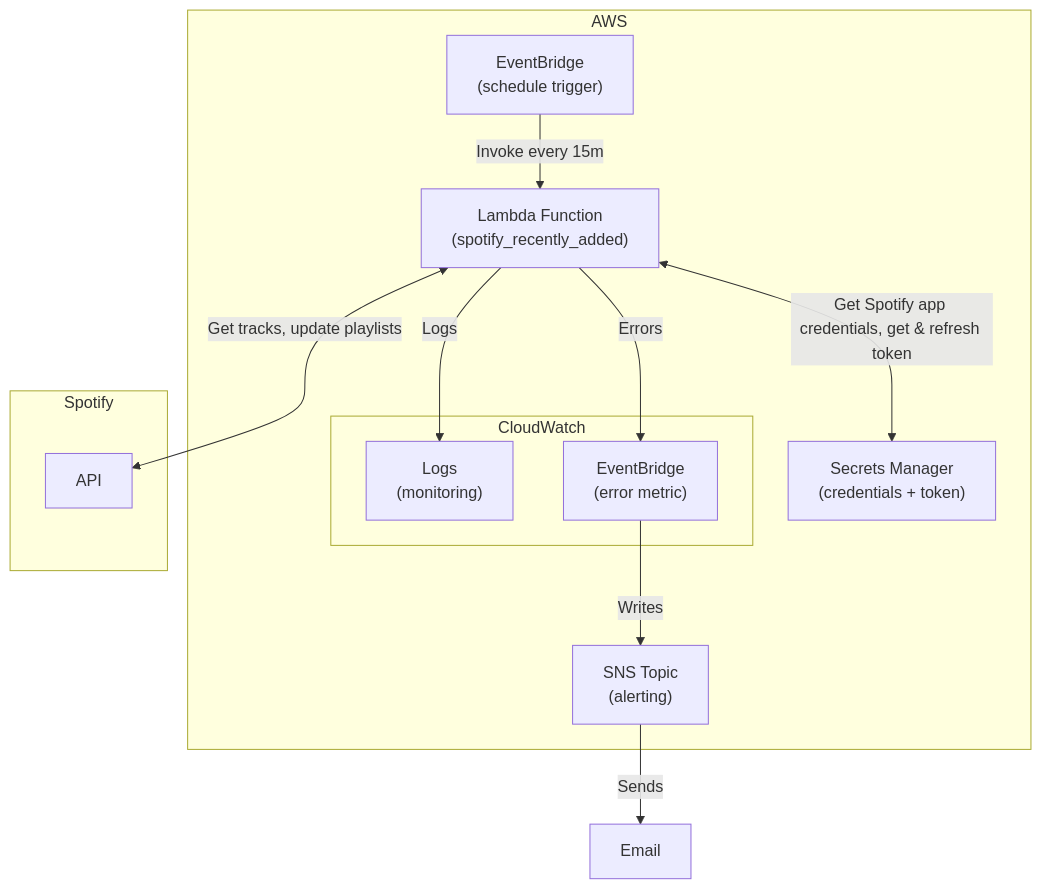
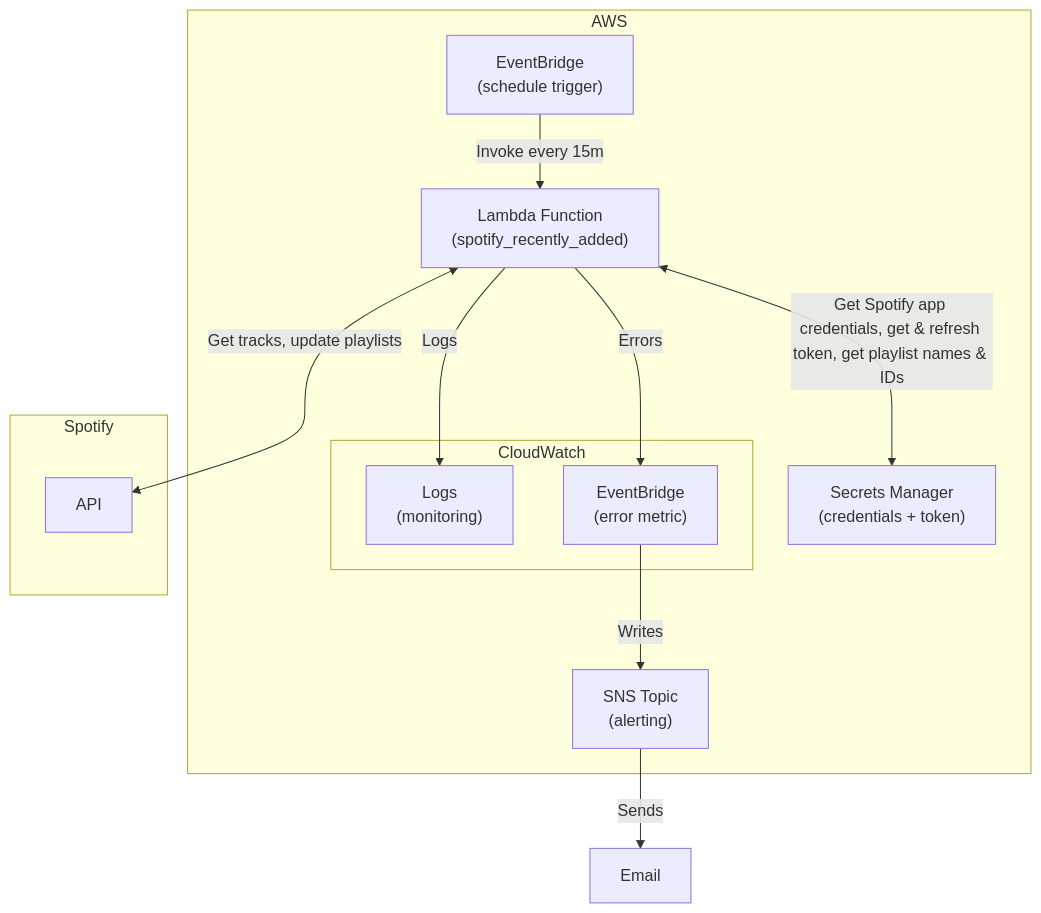
Before and after one commit to noahlschneider/spotify_recently_added: the diagram in README.md, drawn with Mermaid. The commit also changed other lines of this file and 2 other files, not shown here.

````diff
--- a/README.md
+++ b/README.md
@@ -28,25 +28,25 @@
 ```mermaid
 flowchart TD
     subgraph AWS["AWS"]
         EB["EventBridge<br/>(schedule trigger)"]
         L["Lambda Function<br/>(spotify_recently_added)"]
         SM["Secrets Manager<br/>(credentials + token)"]
         subgraph CloudWatch
           CWL["Logs<br/>(monitoring)"]
           CWE["EventBridge<br/>(error metric)"]
         end
         SNS["SNS Topic<br/>(alerting)"]
     end
 
     subgraph SPOTIFY["Spotify"]
         API
     end
 
     E["Email"]
 
     EB -->|Invoke every 15m| L
-    L <-->|Get Spotify app credentials, get & refresh token| SM
+    L <-->|Get Spotify app credentials, get & refresh token, get playlist names & IDs| SM
     L <-->|Get tracks, update playlists| API
     L -->|Logs| CWL
     L -->|Errors| CWE -->|Writes| SNS --> |Sends| E
 ```
````
